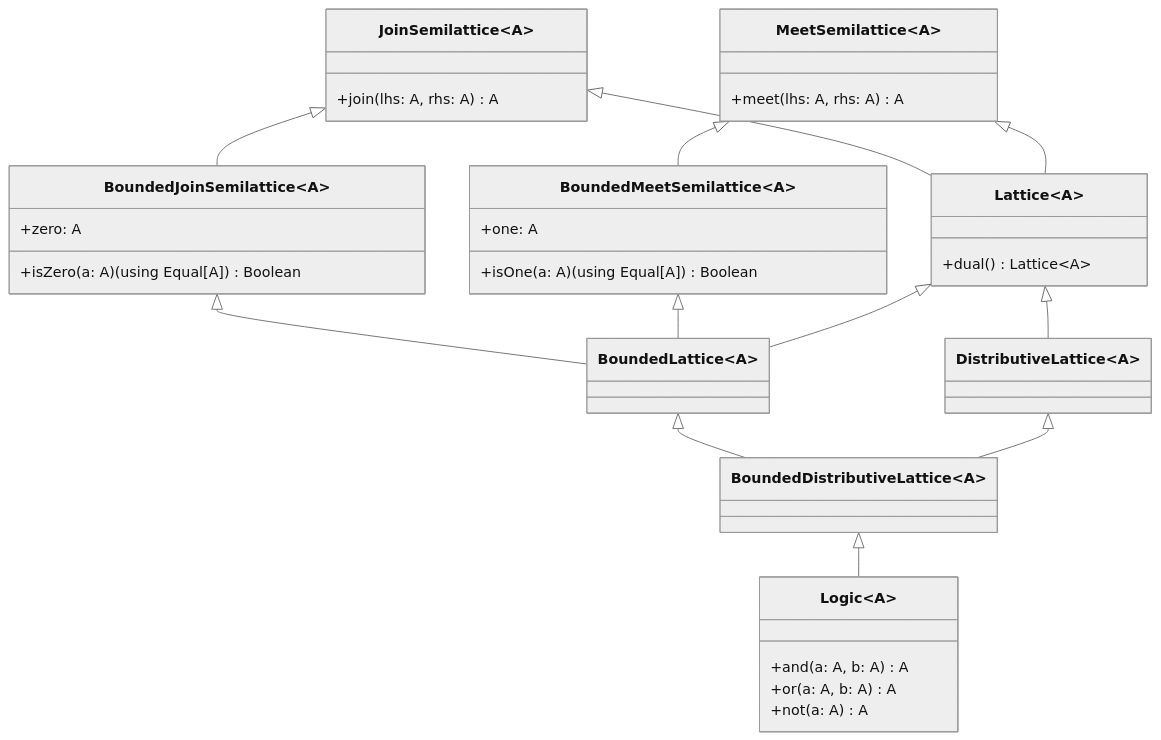
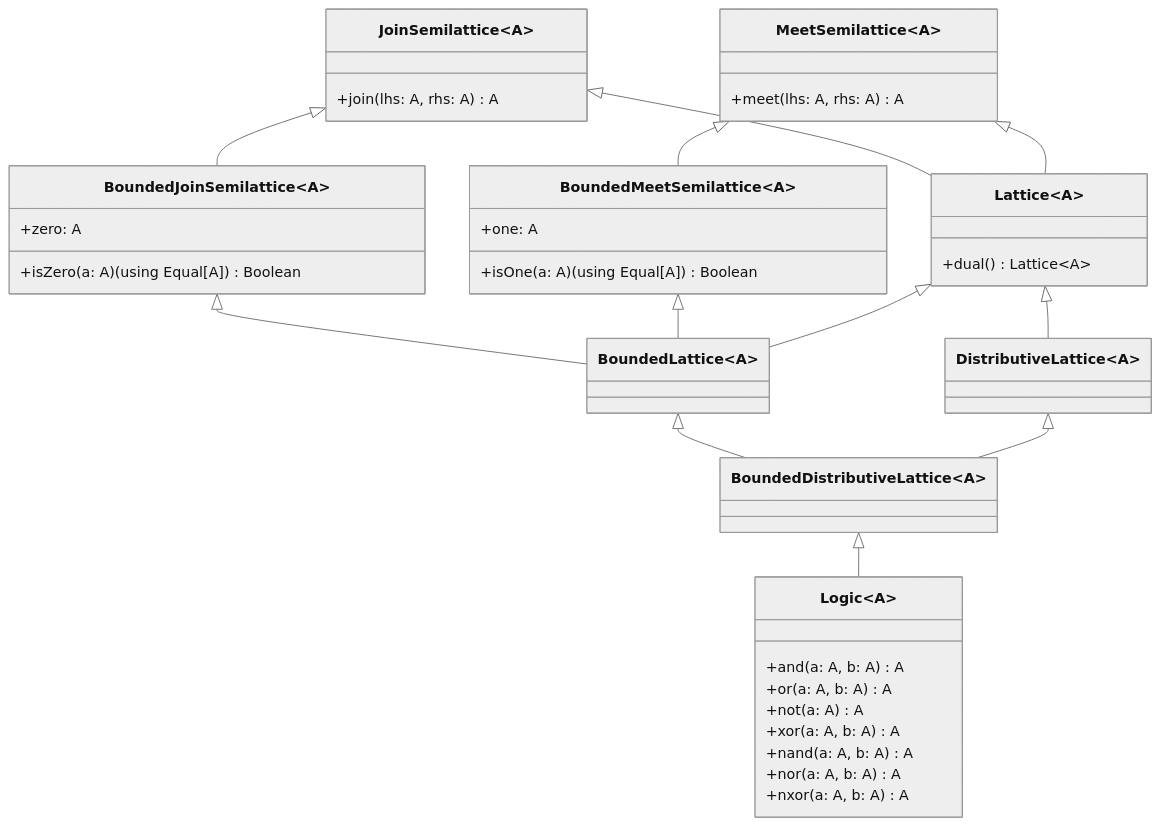
One commit to artemkorsakov/scalabook changed the diagram in docs/typeclass/lattice/logic.md. Above: the diagram before and after it, drawn with Mermaid (neutral theme). The commit also changed 1 other file, not shown here.

Commit message:
Add cats documentations

````diff
--- a/docs/typeclass/lattice/logic.md
+++ b/docs/typeclass/lattice/logic.md
@@ -91,40 +91,44 @@
 ```mermaid
 classDiagram
     class JoinSemilattice~A~ {
         +join(lhs: A, rhs: A) A
     }
     class BoundedJoinSemilattice~A~ {
         +zero: A
         +isZero(a: A)(using Equal[A]) Boolean
     }
     class MeetSemilattice~A~ {
         +meet(lhs: A, rhs: A) A
     }
     class BoundedMeetSemilattice~A~ {
         +one: A
         +isOne(a: A)(using Equal[A]) Boolean
     }
     class Lattice~A~ {
         +dual() Lattice~A~
     }
     class DistributiveLattice~A~
     class BoundedLattice~A~
     class BoundedDistributiveLattice~A~
     class Logic~A~ {
-        +and(a: A, b: A) A
-        +or(a: A, b: A) A
-        +not(a: A) A
+       +and(a: A, b: A) A
+       +or(a: A, b: A) A
+       +not(a: A) A
+       +xor(a: A, b: A) A
+       +nand(a: A, b: A) A
+       +nor(a: A, b: A) A
+       +nxor(a: A, b: A) A
     }
 
     JoinSemilattice <|-- Lattice
     JoinSemilattice <|-- BoundedJoinSemilattice
     MeetSemilattice <|-- Lattice
     MeetSemilattice <|-- BoundedMeetSemilattice
     BoundedJoinSemilattice <|-- BoundedLattice
     BoundedMeetSemilattice <|-- BoundedLattice
     Lattice <|-- BoundedLattice
     BoundedLattice <|-- BoundedDistributiveLattice
     Lattice <|-- DistributiveLattice
     DistributiveLattice <|-- BoundedDistributiveLattice
     BoundedDistributiveLattice <|-- Logic
 ```
````
